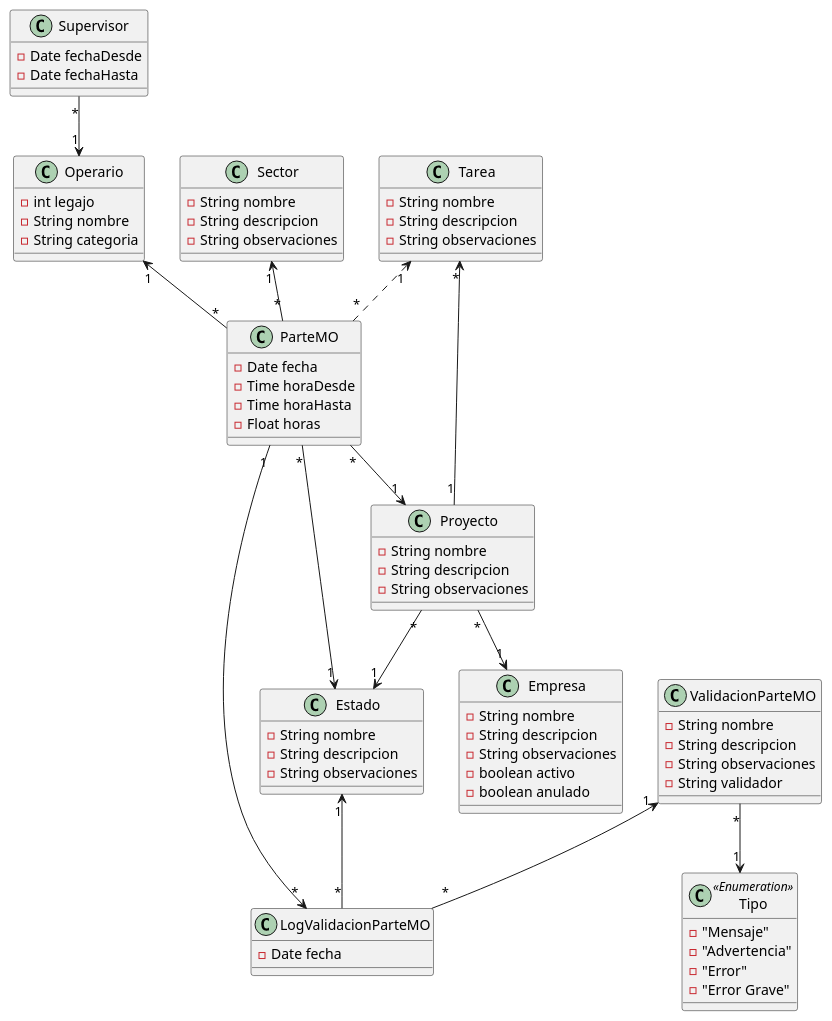
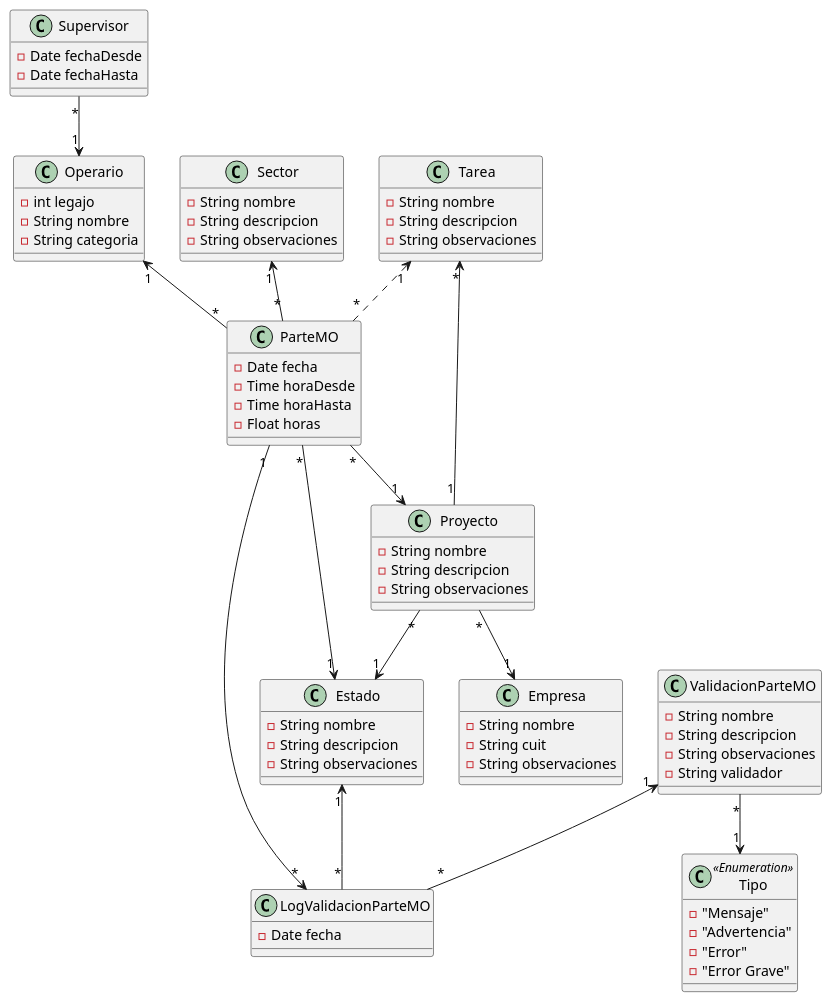
One commit to bristalandres/partesmo changed the diagram in diagrama.pu. Above: the diagram before and after it, drawn with PlantUML.

Commit message:
Replace diagrama.pu

```diff
--- a/diagrama.pu
+++ b/diagrama.pu
@@ -1,73 +1,71 @@
 @startuml
 Supervisor "*"--> "1" Operario
 Sector "1" <--"*" ParteMO
 Operario "1" <--"*" ParteMO
 Tarea "1" <.. "*" ParteMO
 ParteMO "*" --> "1" Estado
 ParteMO "*" --> "1" Proyecto
 Tarea "*" <-- "1" Proyecto
 Proyecto "*" --> "1" Estado
 Proyecto "*"--> "1" Empresa
 ParteMO "1" --> "*" LogValidacionParteMO
 Estado "1" <-- "*" LogValidacionParteMO
 ValidacionParteMO "1" <-- "*" LogValidacionParteMO
 ValidacionParteMO "*" --> "1" Tipo
 
 class Supervisor{
   -Date fechaDesde
   -Date fechaHasta
 }
 class Operario{
   -int legajo
   -String nombre
   -String categoria
 }
 class Sector{
   -String nombre
   -String descripcion
   -String observaciones
 }
 class Tarea{
   -String nombre
   -String descripcion
   -String observaciones
 }
 class ParteMO{
   -Date fecha
   -Time horaDesde
   -Time horaHasta
   -Float horas
 }
 class Proyecto{
   -String nombre
   -String descripcion
   -String observaciones
 }
 class Empresa{
   -String nombre
-  -String descripcion
+  -String cuit
   -String observaciones
-  -boolean activo
-  -boolean anulado
 }
 class Estado{
   -String nombre
   -String descripcion
   -String observaciones
 }
 class LogValidacionParteMO{
   -Date fecha
 }
 class ValidacionParteMO{
   -String nombre
   -String descripcion
   -String observaciones
   -String validador
 }
 class Tipo<<Enumeration>>{
   -"Mensaje"
   -"Advertencia"
   -"Error"
   -"Error Grave"
 }
 @enduml
```
